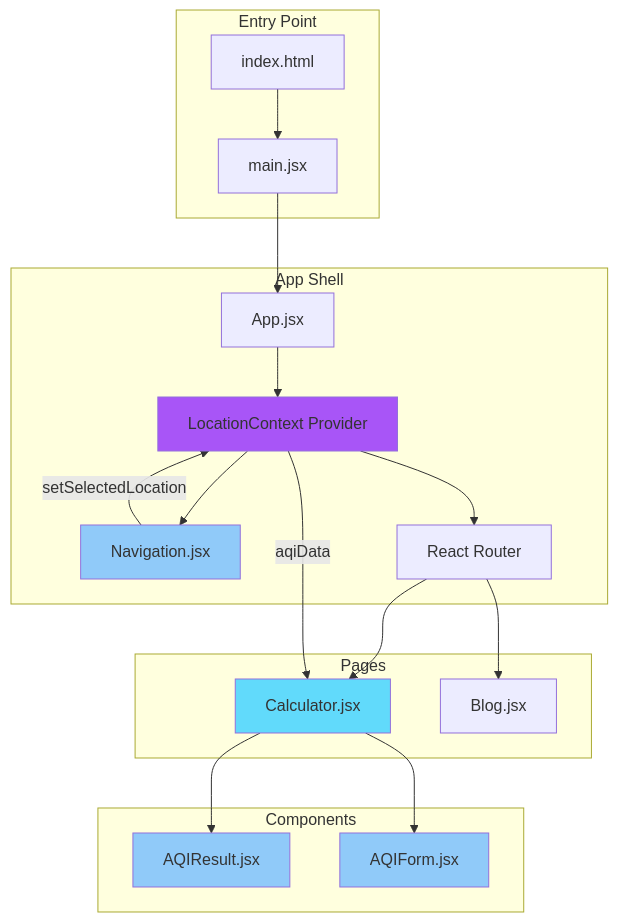
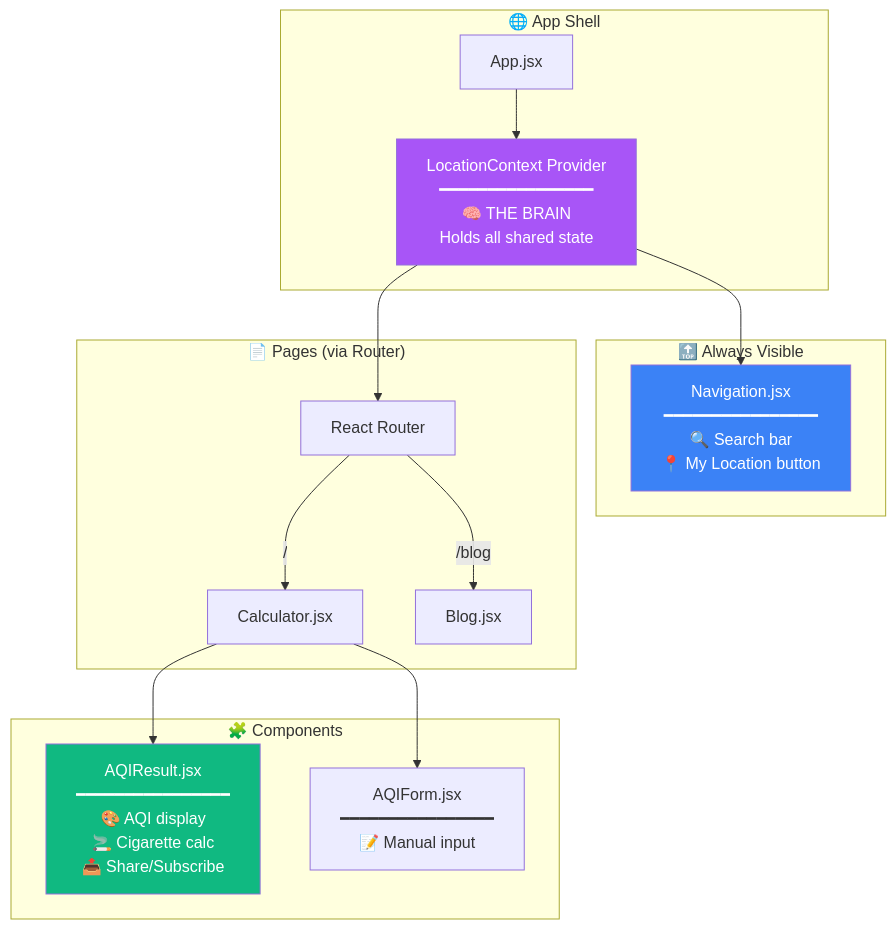
Before and after one commit to theaiguy1987/aqi_app: the first of 12 diagrams in frontend/README.md, drawn with Mermaid. The commit also changed other lines of this file and 4 other files, not shown here.

````diff
--- a/frontend/README.md
+++ b/frontend/README.md
@@ -37,42 +49,26 @@
 ```mermaid
 graph TB
-    subgraph "Entry Point"
-        HTML[index.html]
-        MAIN[main.jsx]
+    subgraph "🌐 App Shell"
+        APP["App.jsx"]
+        APP --> CTX["LocationContext Provider<br/>━━━━━━━━━━━━━━━━<br/>🧠 THE BRAIN<br/>Holds all shared state"]
     end
     
-    subgraph "App Shell"
-        APP[App.jsx]
-        CTX[LocationContext Provider]
-        NAV[Navigation.jsx]
-        ROUTER[React Router]
+    subgraph "🔝 Always Visible"
+        CTX --> NAV["Navigation.jsx<br/>━━━━━━━━━━━━━━━━<br/>🔍 Search bar<br/>📍 My Location button"]
     end
     
-    subgraph "Pages"
-        CALC[Calculator.jsx]
-        BLOG[Blog.jsx]
+    subgraph "📄 Pages (via Router)"
+        CTX --> ROUTER["React Router"]
+        ROUTER --> |"/"| CALC["Calculator.jsx"]
+        ROUTER --> |"/blog"| BLOG["Blog.jsx"]
     end
     
-    subgraph "Components"
-        RESULT[AQIResult.jsx]
-        FORM[AQIForm.jsx]
+    subgraph "🧩 Components"
+        CALC --> RESULT["AQIResult.jsx<br/>━━━━━━━━━━━━━━━━<br/>🎨 AQI display<br/>🚬 Cigarette calc<br/>📤 Share/Subscribe"]
+        CALC --> FORM["AQIForm.jsx<br/>━━━━━━━━━━━━━━━━<br/>📝 Manual input"]
     end
     
-    HTML --> MAIN
-    MAIN --> APP
-    APP --> CTX
-    CTX --> NAV
-    CTX --> ROUTER
-    ROUTER --> CALC
-    ROUTER --> BLOG
-    CALC --> RESULT
-    CALC --> FORM
-    NAV -->|setSelectedLocation| CTX
-    CTX -->|aqiData| CALC
-    
-    style CTX fill:#a855f7
-    style CALC fill:#61dafb
-    style NAV fill:#90caf9
-    style RESULT fill:#90caf9
-    style FORM fill:#90caf9
+    style CTX fill:#a855f7,color:#fff
+    style NAV fill:#3B82F6,color:#fff
+    style RESULT fill:#10B981,color:#fff
 ```
````
